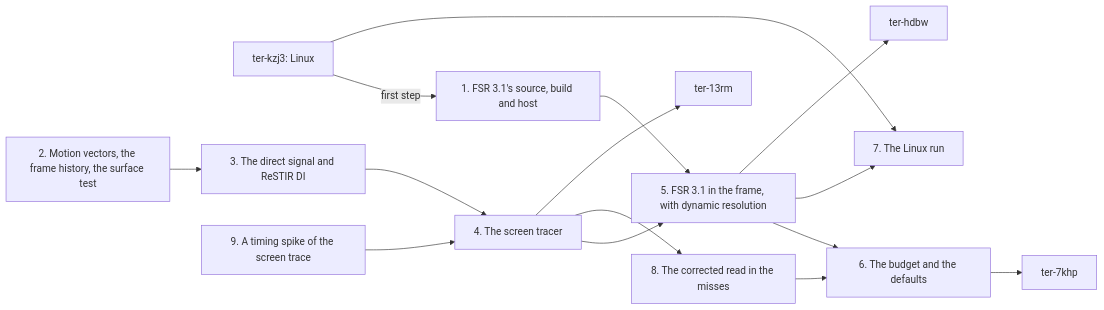
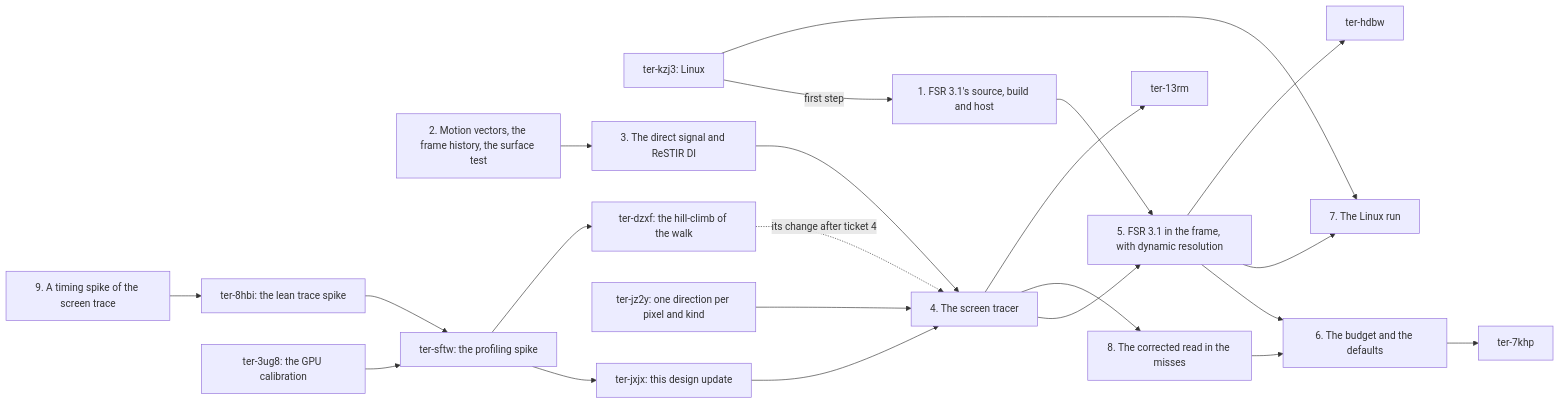
Before and after one commit to alexispurslane/tertius: the second of 3 diagrams in docs/plans/temporal-renderer.md, drawn with Mermaid. The commit also changed other lines of this file and 2 other files, not shown here.

First line of the commit message:
ter-jxjx: the screen tracer's plan after the spikes

````diff
--- a/docs/plans/temporal-renderer.md
+++ b/docs/plans/temporal-renderer.md
@@ -1311,17 +1402,24 @@
 ```mermaid
 flowchart LR
     K[ter-kzj3: Linux] -- first step --> T1
     T1[1. FSR 3.1's source, build and host] --> T5
     T2[2. Motion vectors, the frame history, the surface test] --> T3[3. The direct signal and ReSTIR DI]
-    T9[9. A timing spike of the screen trace] --> T4
+    T9[9. A timing spike of the screen trace] --> LS[ter-8hbi: the lean trace spike]
+    LS --> PS[ter-sftw: the profiling spike]
+    CA[ter-3ug8: the GPU calibration] --> PS
+    PS --> JX[ter-jxjx: this design update]
+    JZ[ter-jz2y: one direction per pixel and kind] --> T4
+    JX --> T4
+    PS --> HC[ter-dzxf: the hill-climb of the walk]
+    HC -. its change after ticket 4 .-> T4
     T3 --> T4[4. The screen tracer]
     T4 --> T5[5. FSR 3.1 in the frame, with dynamic resolution]
     T4 --> T8[8. The corrected read in the misses]
     T5 --> T6[6. The budget and the defaults]
     T8 --> T6
     T5 --> T7[7. The Linux run]
     K --> T7
     T5 --> HD[ter-hdbw]
     T4 --> RC[ter-13rm]
     T6 --> TS[ter-7khp]
 ```
````
